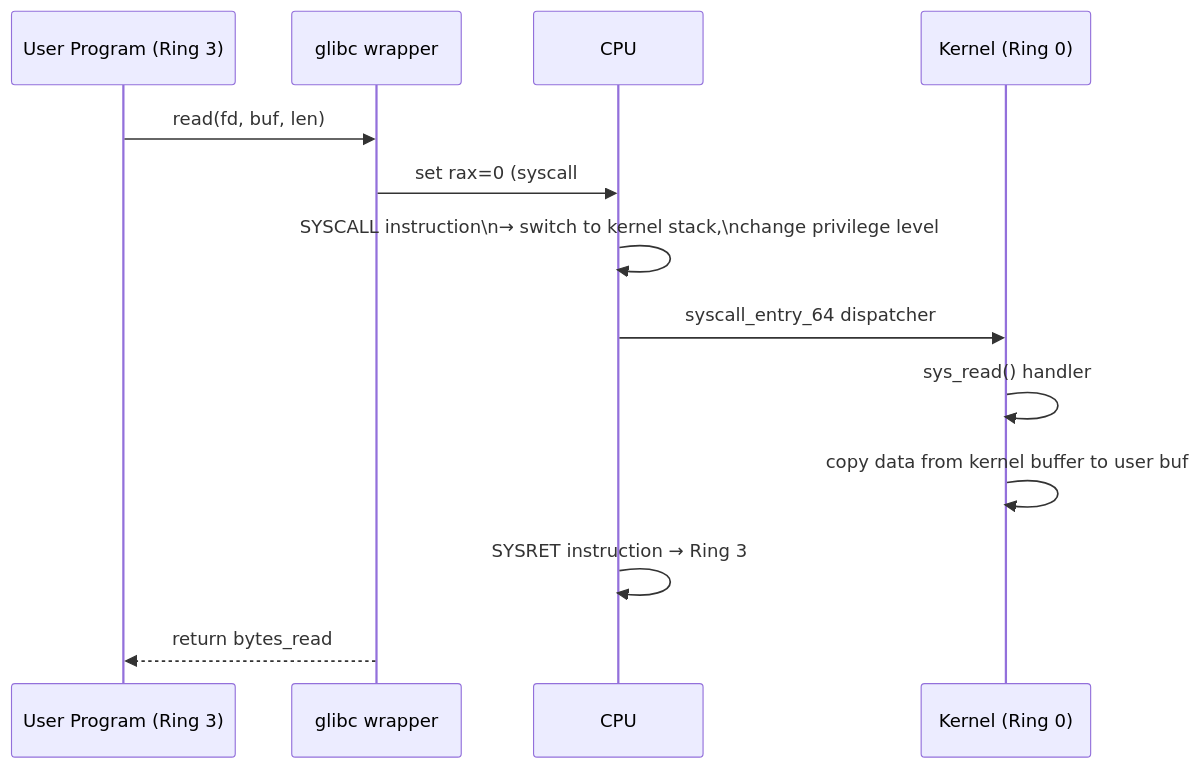
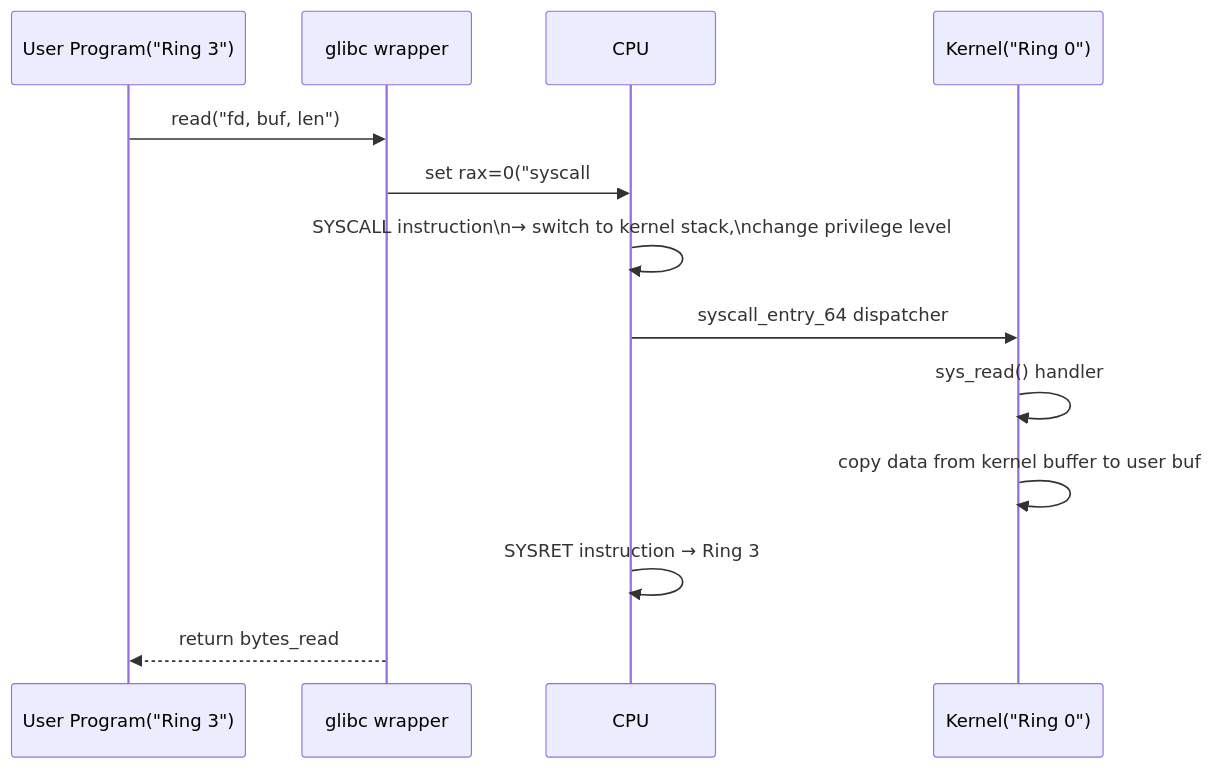
One commit to pploc/swe-icon-the-moment changed the diagram in content/questions/fundamentals/syscall-mechanism.md. Above: the diagram before and after it, drawn with Mermaid. The commit also changed 167 other files, not shown here.

````diff
--- a/content/questions/fundamentals/syscall-mechanism.md
+++ b/content/questions/fundamentals/syscall-mechanism.md
@@ -20,15 +20,16 @@
 ```mermaid
 sequenceDiagram
-    participant App as User Program (Ring 3)
+    participant App as User Program("Ring 3")
     participant Glibc as glibc wrapper
     participant CPU as CPU
-    participant K as Kernel (Ring 0)
-    App->>Glibc: read(fd, buf, len)
-    Glibc->>CPU: set rax=0 (syscall #),\nrdi=fd, rsi=buf, rdx=len
+    participant K as Kernel("Ring 0")
+    App->>Glibc: read("fd, buf, len")
+    Glibc->>CPU: set rax=0("syscall #"),\nrdi=fd, rsi=buf, rdx=len
     CPU->>CPU: SYSCALL instruction\n→ switch to kernel stack,\nchange privilege level
     CPU->>K: syscall_entry_64 dispatcher
     K->>K: sys_read() handler
     K->>K: copy data from kernel buffer to user buf
     CPU->>CPU: SYSRET instruction → Ring 3
     Glibc-->>App: return bytes_read
+
 ```
````
